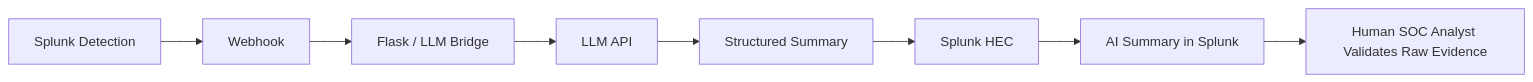
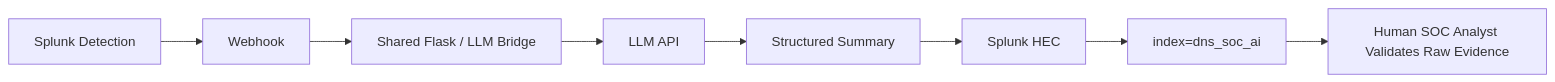
One commit to DNS-SOC-Lab/DNS-Lab-Infrastructure changed the diagram in 04-ai-integration/README.md. Above: the diagram before and after it, drawn with Mermaid. The commit also changed other lines of this file, not shown here.

````diff
--- a/04-ai-integration/README.md
+++ b/04-ai-integration/README.md
@@ -7,10 +7,10 @@
 ```mermaid
 flowchart LR
     A[Splunk Detection] --> B[Webhook]
-    B --> C[Flask / LLM Bridge]
+    B --> C[Shared Flask / LLM Bridge]
     C --> D[LLM API]
     D --> E[Structured Summary]
     E --> F[Splunk HEC]
-    F --> G[AI Summary in Splunk]
+    F --> G[index=dns_soc_ai]
     G --> H[Human SOC Analyst Validates Raw Evidence]
 ```
````
